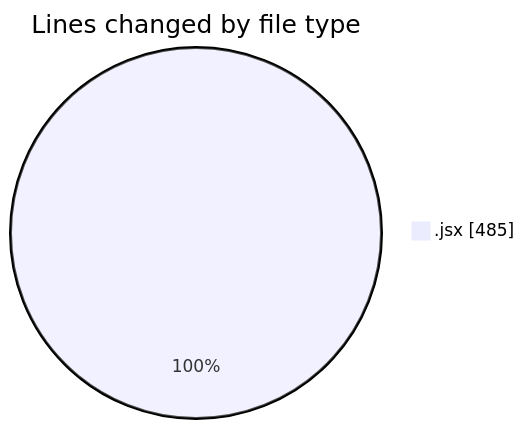
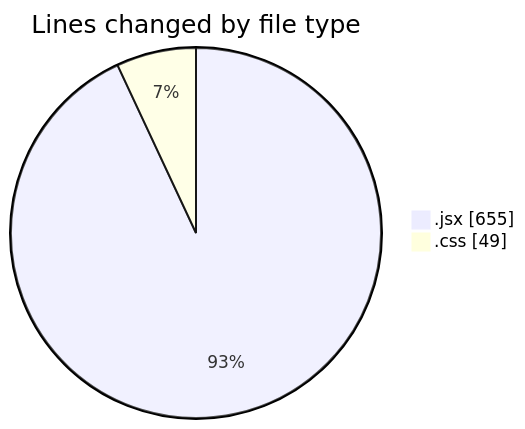
The first of 2 diagrams in 2025-03-01/react_ecom/README.md (Elitesun/code-tracking), drawn with Mermaid before and after one commit. The commit also changed other lines of this file and 1 other file, not shown here.

````diff
--- a/2025-03-01/react_ecom/README.md
+++ b/2025-03-01/react_ecom/README.md
@@ -24,5 +25,6 @@
 ```mermaid
 pie showData
 title Lines changed by file type
-".jsx" : 485
+".jsx" : 655
+".css" : 49
 ```
````
